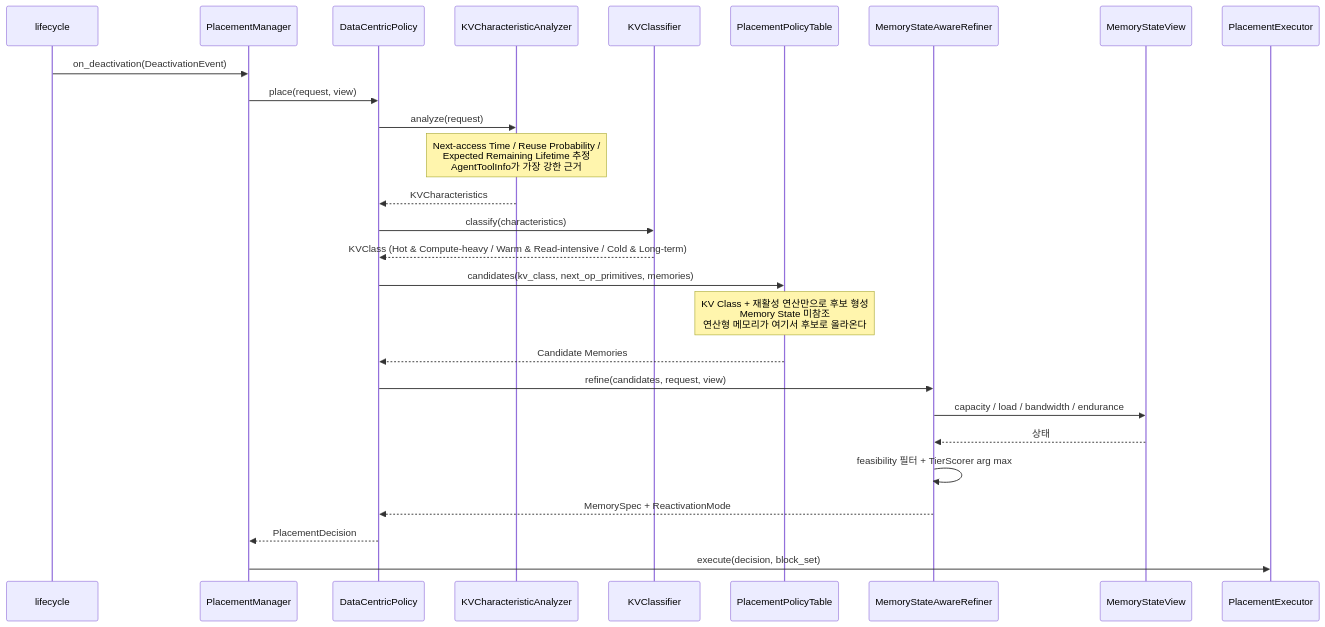
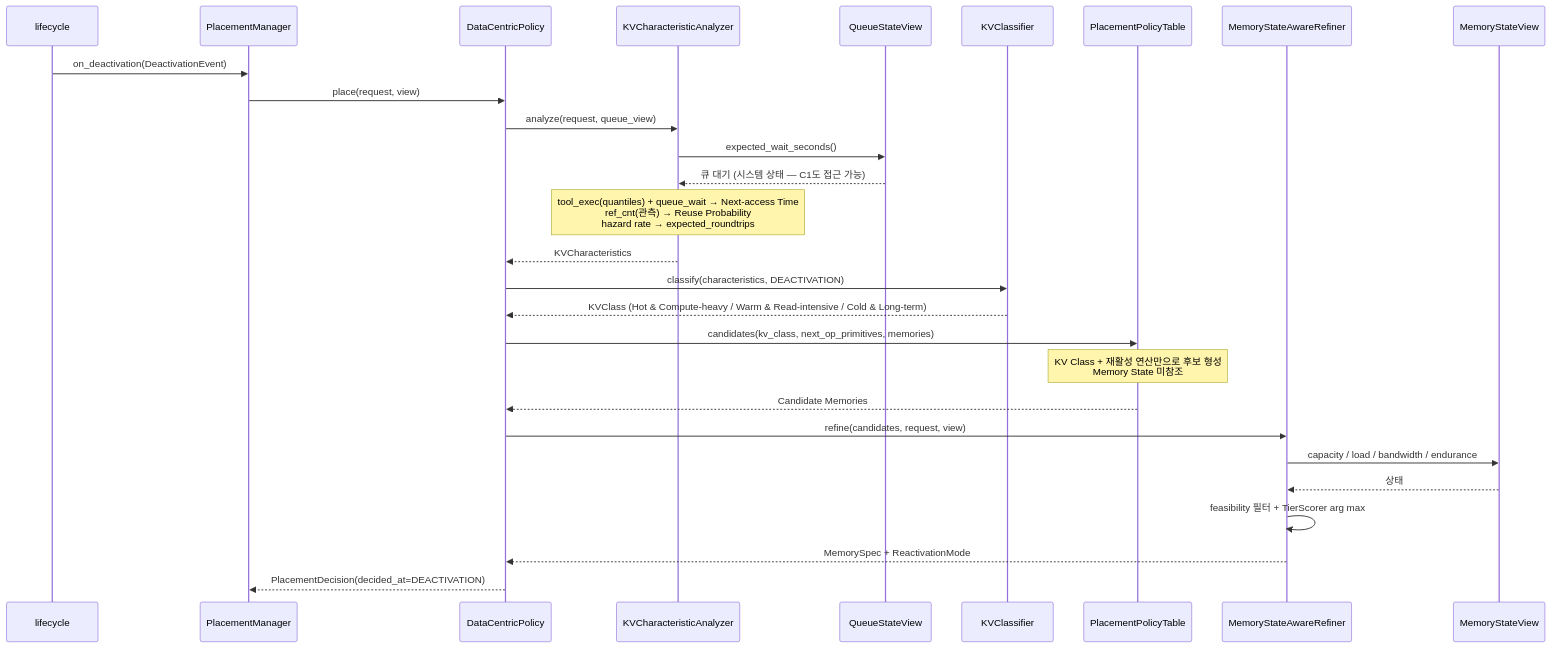
One commit to mkim0628/vllm changed the eighth of 11 diagrams in doc-architect/dp1-implementation-uml.md. Above: the diagram before and after it, drawn with Mermaid. The commit also changed other lines of this file and 1 other file, not shown here.

First line of the commit message:
docs(dp1): bring the UML in line with the two decision points

````diff
--- a/doc-architect/dp1-implementation-uml.md
+++ b/doc-architect/dp1-implementation-uml.md
@@ -512,34 +641,35 @@
 ```mermaid
 sequenceDiagram
     participant LC as lifecycle
     participant Mgr as PlacementManager
     participant Pol as DataCentricPolicy
     participant Ana as KVCharacteristicAnalyzer
+    participant Q as QueueStateView
     participant Cls as KVClassifier
     participant Tbl as PlacementPolicyTable
     participant Ref as MemoryStateAwareRefiner
     participant View as MemoryStateView
-    participant Exec as PlacementExecutor
 
     LC->>Mgr: on_deactivation(DeactivationEvent)
     Mgr->>Pol: place(request, view)
 
-    Pol->>Ana: analyze(request)
-    Note over Ana: Next-access Time / Reuse Probability /<br/>Expected Remaining Lifetime 추정<br/>AgentToolInfo가 가장 강한 근거
+    Pol->>Ana: analyze(request, queue_view)
+    Ana->>Q: expected_wait_seconds()
+    Q-->>Ana: 큐 대기 (시스템 상태 — C1도 접근 가능)
+    Note over Ana: tool_exec(quantiles) + queue_wait → Next-access Time<br/>ref_cnt(관측) → Reuse Probability<br/>hazard rate → expected_roundtrips
     Ana-->>Pol: KVCharacteristics
 
-    Pol->>Cls: classify(characteristics)
+    Pol->>Cls: classify(characteristics, DEACTIVATION)
     Cls-->>Pol: KVClass (Hot & Compute-heavy / Warm & Read-intensive / Cold & Long-term)
 
     Pol->>Tbl: candidates(kv_class, next_op_primitives, memories)
-    Note over Tbl: KV Class + 재활성 연산만으로 후보 형성<br/>Memory State 미참조<br/>연산형 메모리가 여기서 후보로 올라온다
+    Note over Tbl: KV Class + 재활성 연산만으로 후보 형성<br/>Memory State 미참조
     Tbl-->>Pol: Candidate Memories
 
     Pol->>Ref: refine(candidates, request, view)
     Ref->>View: capacity / load / bandwidth / endurance
     View-->>Ref: 상태
     Ref->>Ref: feasibility 필터 + TierScorer arg max
     Ref-->>Pol: MemorySpec + ReactivationMode
-    Pol-->>Mgr: PlacementDecision
-    Mgr->>Exec: execute(decision, block_set)
+    Pol-->>Mgr: PlacementDecision(decided_at=DEACTIVATION)
 ```
````
